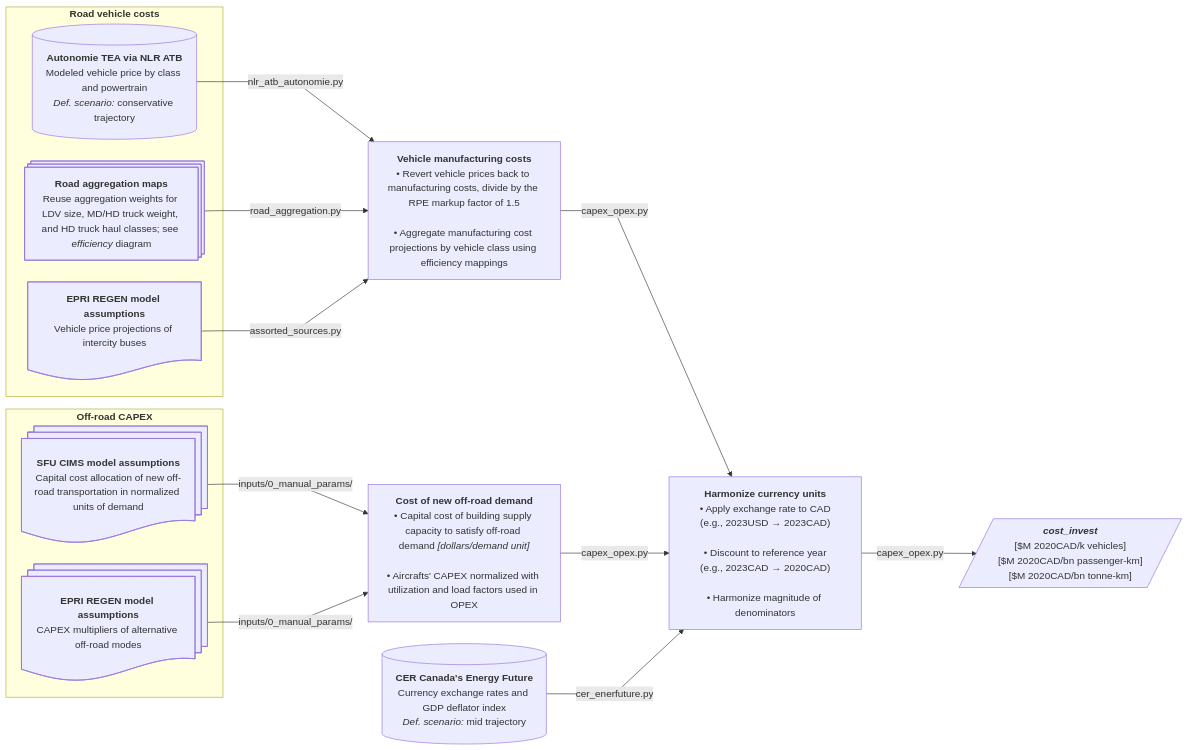
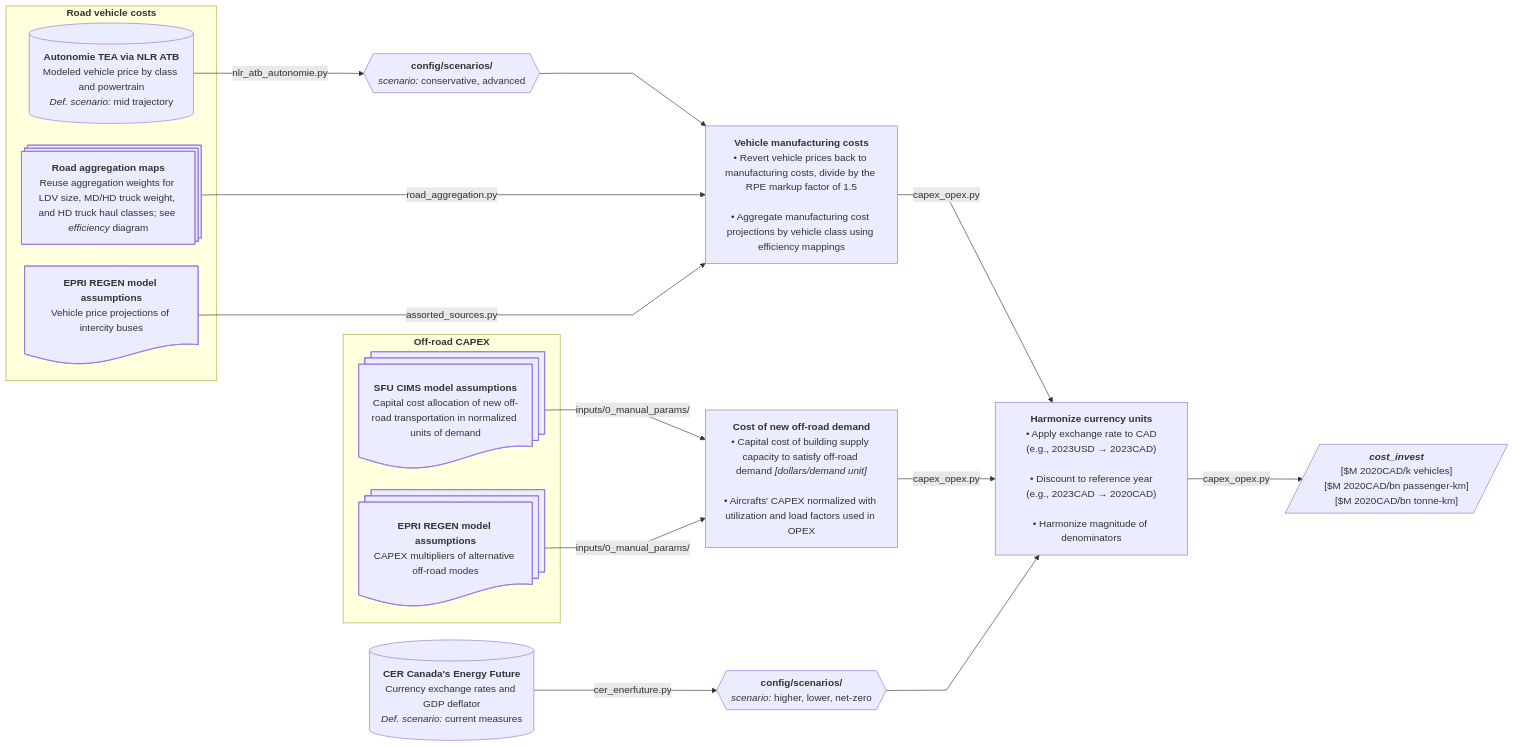
Before and after one commit to CANOE-main/canoe-transportation: the seventh of 9 diagrams in docs/etl_flowcharts.md, drawn with Mermaid. The commit also changed other lines of this file and 47 other files, not shown here.

````diff
--- a/docs/etl_flowcharts.md
+++ b/docs/etl_flowcharts.md
@@ -415,49 +421,51 @@
 ```mermaid
 ---
 config:
   layout: dagre
   flowchart:
     nodeSpacing: 35
     rankSpacing: 50
     wrappingWidth: 250
     curve: linear
 ---
 flowchart LR
-  s3[("`**CER Canada's Energy Future**<br>Currency exchange rates and GDP deflator index<br>*Def. scenario:* mid trajectory`")]
+  s3[("`**CER Canada's Energy Future**<br>Currency exchange rates and GDP deflator<br>*Def. scenario:* current measures`")]
   subgraph offroad["`**Off-road CAPEX**`"]
 	  %% --- Sources ---
 	  s7@{shape: docs, label: "**SFU CIMS model assumptions**<br>Capital cost allocation of new off-road transportation in normalized units of demand"}
 	  s8@{shape: docs, label: "**EPRI REGEN model assumptions**<br>CAPEX multipliers of alternative off-road modes"}
   end
 
   %% --- Processes ---
   p3["`**Cost of new off-road demand**<br>• Capital cost of building supply capacity to satisfy off-road demand *[dollars/demand unit]*<br><br>• Aircrafts' CAPEX normalized with utilization and load factors used in OPEX`"]
   s7 & s8 -- inputs/0_manual_params/ --> p3
 
   subgraph road["`**Road vehicle costs**`"]
 	  %% --- Sources ---
 	  s1@{shape: processes, label: "**Road aggregation maps**<br>Reuse aggregation weights for LDV size, MD/HD truck weight, and HD truck haul classes; see *efficiency* diagram"}
-	  s2[("`**Autonomie TEA via NLR ATB**<br>Modeled vehicle price by class and powertrain<br>*Def. scenario:* conservative trajectory`")]
+	  s2[("`**Autonomie TEA via NLR ATB**<br>Modeled vehicle price by class and powertrain<br>*Def. scenario:* mid trajectory`")]
     s8_bus@{shape: doc, label: "**EPRI REGEN model assumptions**<br>Vehicle price projections of intercity buses"}
   end
 
   %% --- Processes ---
+  p0_2@{shape: hex, label: "**config/scenarios/**<br>*scenario:* conservative, advanced"}
   p2["`**Vehicle manufacturing costs**<br>• Revert vehicle prices back to manufacturing costs, divide by the RPE markup factor of 1.5<br><br>• Aggregate manufacturing cost projections by vehicle class using efficiency mappings`"]
-  s2 -- nlr_atb_autonomie.py --> p2
+  s2 -- nlr_atb_autonomie.py --> p0_2 --> p2
   s1 -- road_aggregation.py --> p2
   s8_bus -- assorted_sources.py --> p2
 
+  p0@{shape: hex, label: "**config/scenarios/**<br>*scenario:* higher, lower, net-zero"}
   p4["`**Harmonize currency units**<br>• Apply exchange rate to CAD<br>(e.g., 2023USD → 2023CAD)<br><br>• Discount to reference year<br>(e.g., 2023CAD → 2020CAD)<br><br>• Harmonize magnitude of denominators`"]
   p2 -- capex_opex.py --> p4
   p3 -- capex_opex.py --> p4
-  s3 -- cer_enerfuture.py --> p4
+  s3 -- cer_enerfuture.py --> p0 --> p4
 
   p4 -- capex_opex.py --> o1[/"`***cost_invest***<br>[$M 2020CAD/k vehicles]<br>[$M 2020CAD/bn passenger-km]<br>[$M 2020CAD/bn tonne-km]`"/]
 
   %% --- Hyperlinks ---
   click s8_bus "https://us-regen-docs.epri.com/v2025/assumptions/transportation.html#on-road-fleet-vehicles"
   click s8 "https://us-regen-docs.epri.com/v2025/assumptions/transportation.html#non-road-vehicles"
   click s7 "https://github.com/EMRG-SFU/cims-models/tree/main/sources/sectors"
   click s2 "https://vms.taps.anl.gov/research-highlights/vehicle-technologies/u-s-doe-vto-hfto-r-d-benefits/"
   click s3 "https://open.canada.ca/data/en/dataset/07c42deb-9435-43b9-a416-7ce316f3893d"
 ```
````
